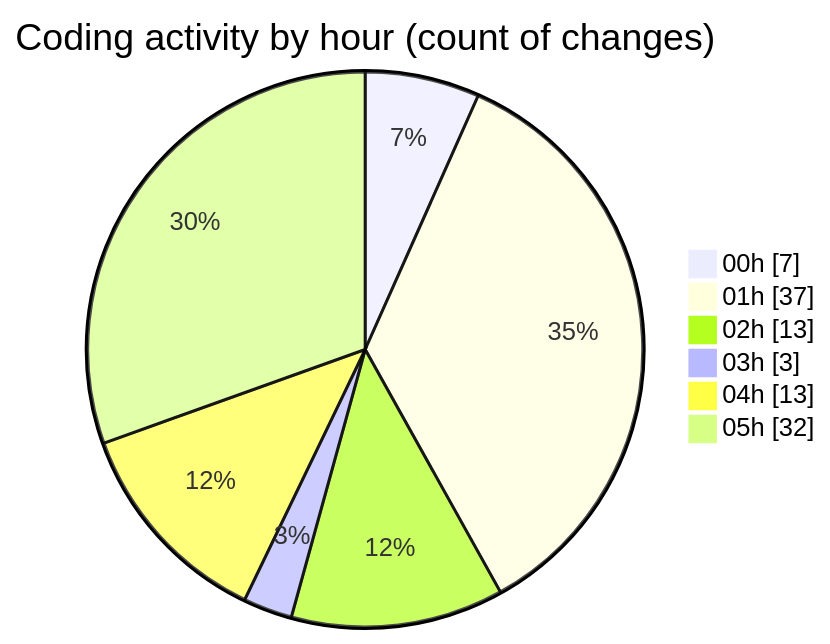
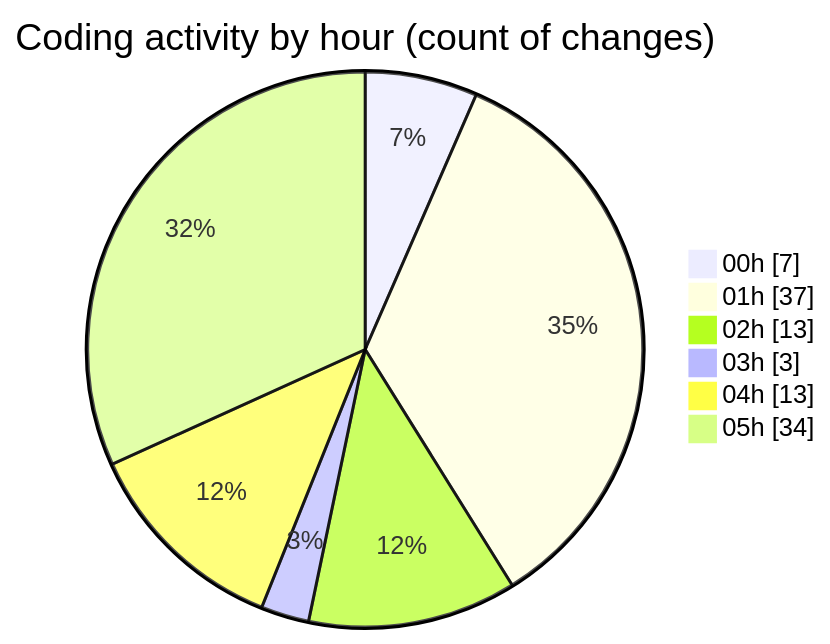
One commit to charlie-sans/code-tracking changed the second of 2 diagrams in 2025-02-23/micros/README.md. Above: the diagram before and after it, drawn with Mermaid. The commit also changed other lines of this file and 1 other file, not shown here.

````diff
--- a/2025-02-23/micros/README.md
+++ b/2025-02-23/micros/README.md
@@ -60,10 +60,10 @@
 ```mermaid
 pie showData
 title Coding activity by hour (count of changes)
 "00h" : 7
 "01h" : 37
 "02h" : 13
 "03h" : 3
 "04h" : 13
-"05h" : 32
+"05h" : 34
 ```
````
